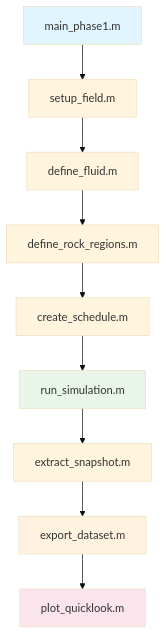
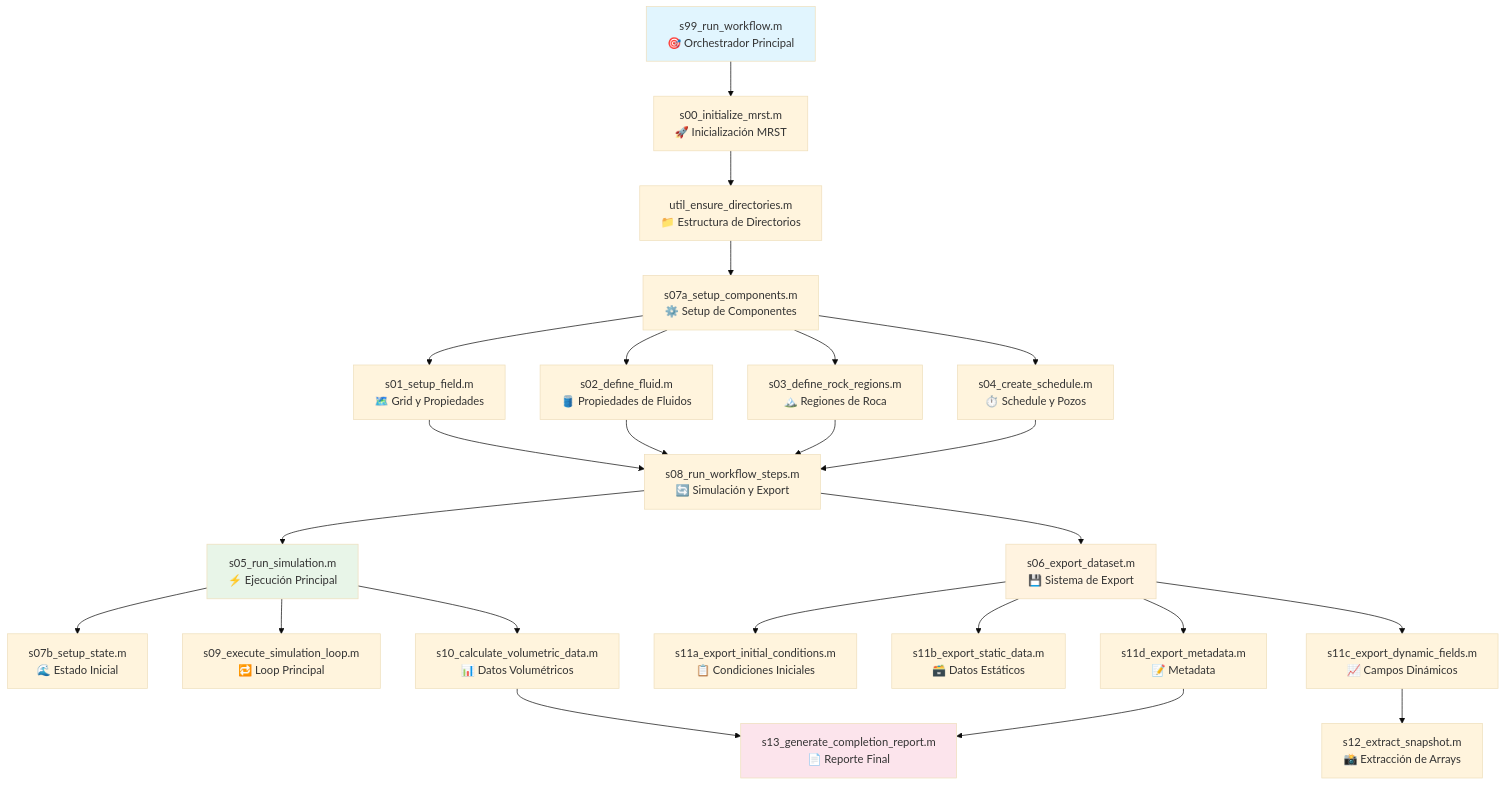
One commit to OilCoder/reservoir-simulation changed the diagram in docs/Spanish/04_simulacion_yacimientos.md. Above: the diagram before and after it, drawn with Mermaid (base theme). The commit also changed other lines of this file and 9 other files, not shown here.

````diff
--- a/docs/Spanish/04_simulacion_yacimientos.md
+++ b/docs/Spanish/04_simulacion_yacimientos.md
@@ -22,16 +20,38 @@
 ```mermaid
 flowchart TD
-    A["main_phase1.m"] --> B["setup_field.m"]
-    B --> C["define_fluid.m"]
-    C --> D["define_rock_regions.m"]
-    D --> E["create_schedule.m"]
-    E --> F["run_simulation.m"]
-    F --> G["extract_snapshot.m"]
-    G --> H["export_dataset.m"]
-    H --> I["plot_quicklook.m"]
+    A["s99_run_workflow.m<br/>🎯 Orchestrador Principal"] --> B["s00_initialize_mrst.m<br/>🚀 Inicialización MRST"]
+    B --> C["util_ensure_directories.m<br/>📁 Estructura de Directorios"]
+    C --> D["s07a_setup_components.m<br/>⚙️ Setup de Componentes"]
+    
+    D --> E["s01_setup_field.m<br/>🗺️ Grid y Propiedades"]
+    D --> F["s02_define_fluid.m<br/>🛢️ Propiedades de Fluidos"]
+    D --> G["s03_define_rock_regions.m<br/>🏔️ Regiones de Roca"]
+    D --> H["s04_create_schedule.m<br/>⏱️ Schedule y Pozos"]
+    
+    E --> I["s08_run_workflow_steps.m<br/>🔄 Simulación y Export"]
+    F --> I
+    G --> I
+    H --> I
+    
+    I --> J["s05_run_simulation.m<br/>⚡ Ejecución Principal"]
+    I --> K["s06_export_dataset.m<br/>💾 Sistema de Export"]
+    
+    J --> L["s07b_setup_state.m<br/>🌊 Estado Inicial"]
+    J --> M["s09_execute_simulation_loop.m<br/>🔁 Loop Principal"]
+    J --> N["s10_calculate_volumetric_data.m<br/>📊 Datos Volumétricos"]
+    
+    K --> O["s11a_export_initial_conditions.m<br/>📋 Condiciones Iniciales"]
+    K --> P["s11b_export_static_data.m<br/>🗃️ Datos Estáticos"]
+    K --> Q["s11c_export_dynamic_fields.m<br/>📈 Campos Dinámicos"]
+    K --> R["s11d_export_metadata.m<br/>📝 Metadata"]
+    
+    Q --> S["s12_extract_snapshot.m<br/>📸 Extracción de Arrays"]
+    
+    N --> T["s13_generate_completion_report.m<br/>📄 Reporte Final"]
+    R --> T
     
     style A fill:#e1f5fe
-    style F fill:#e8f5e8
-    style H fill:#fff3e0
-    style I fill:#fce4ec
+    style J fill:#e8f5e8
+    style K fill:#fff3e0
+    style T fill:#fce4ec
 ```
````
